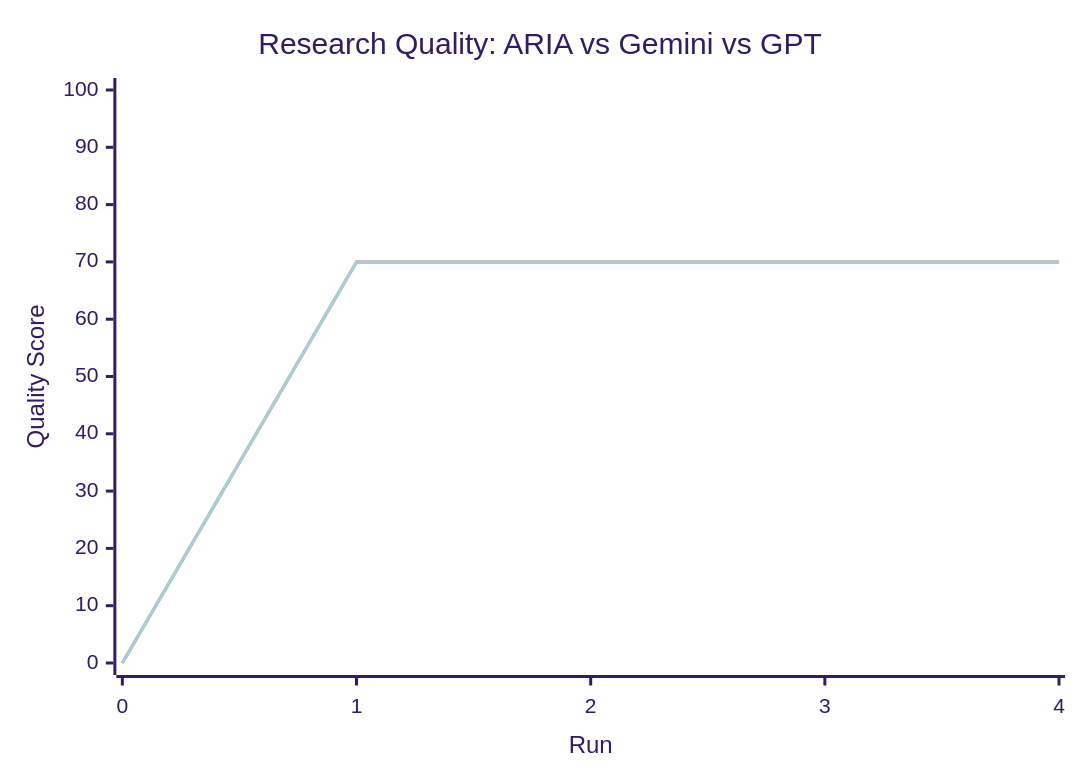
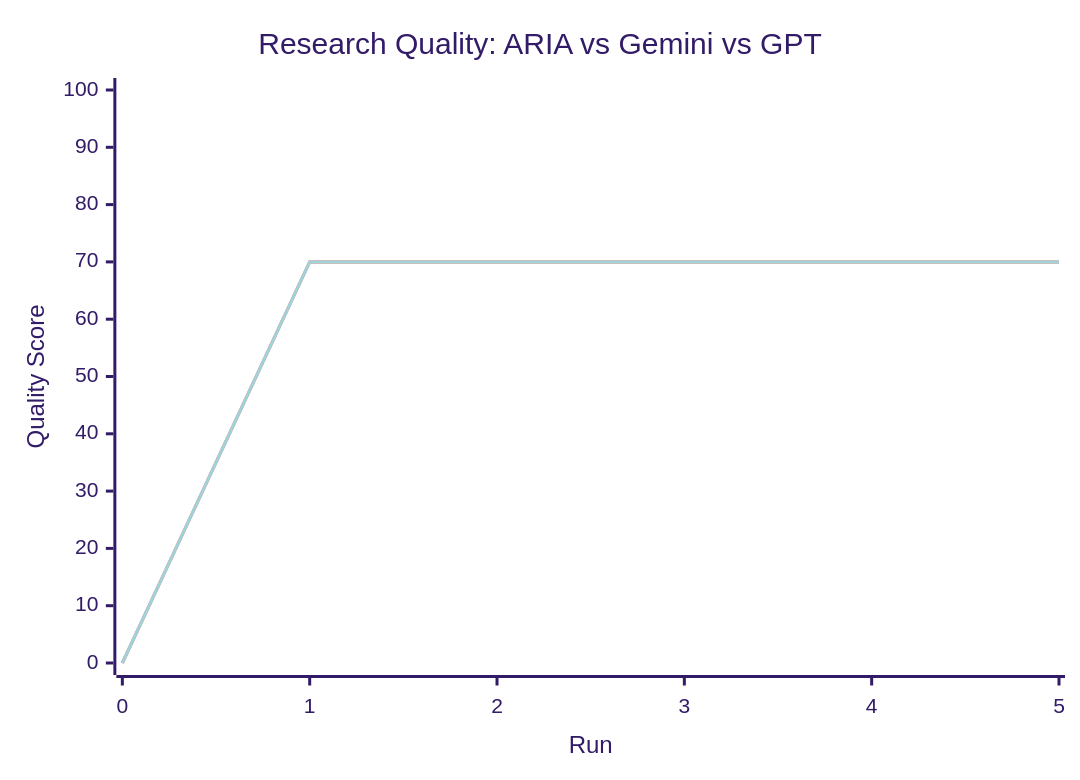
Before and after one commit to Jit-Paul-2008/Hexamind: the diagram in src/docs/aria-competitive-results.md, drawn with Mermaid (forest theme). The commit also changed other lines of this file and 5 other files, not shown here.

````diff
--- a/src/docs/aria-competitive-results.md
+++ b/src/docs/aria-competitive-results.md
@@ -58,9 +65,9 @@
 ```mermaid
 xychart-beta
     title "Research Quality: ARIA vs Gemini vs GPT"
-    x-axis "Run" [0, 1, 2, 3, 4]
+    x-axis "Run" [0, 1, 2, 3, 4, 5]
     y-axis "Quality Score" 0 --> 100
-    line "ARIA" [0.0, 70.0, 70.0, 70.0, 70.0]
-    line "Gemini" [0.0, 70.0, 70.0, 70.0, 70.0]
-    line "GPT" [0.0, 70.0, 70.0, 70.0, 70.0]
+    line "ARIA" [0.0, 70.0, 70.0, 70.0, 70.0, 70.0]
+    line "Gemini" [0.0, 70.0, 70.0, 70.0, 70.0, 70.0]
+    line "GPT" [0.0, 70.0, 70.0, 70.0, 70.0, 70.0]
 ```
````
